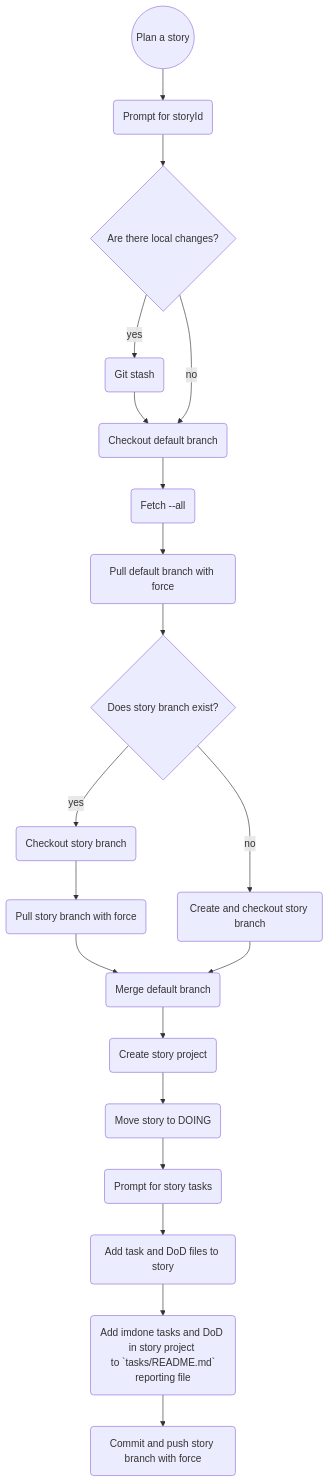
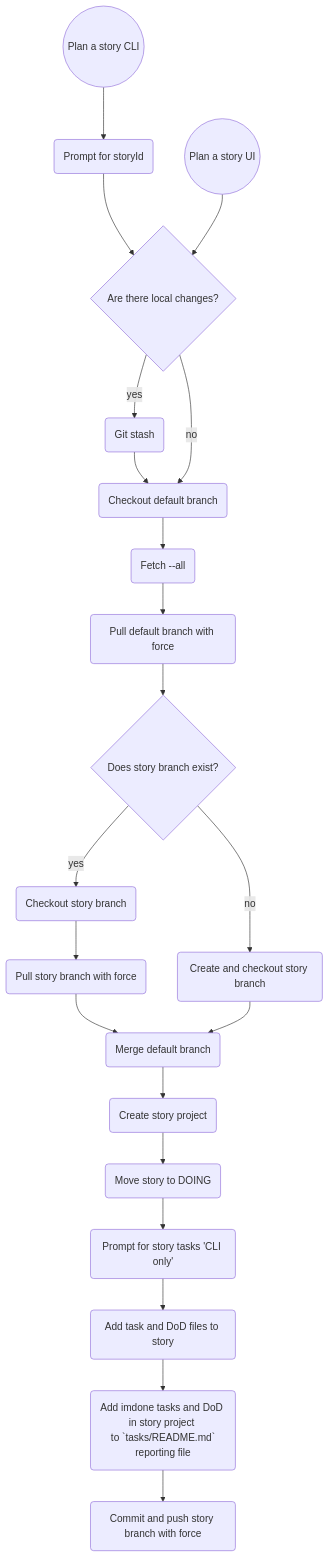
Before and after one commit to imdone/imdone-core: the second of 2 diagrams in backlog/stories/Plan-a-story/README.md, drawn with Mermaid. The commit also changed other lines of this file, not shown here.

````diff
--- a/backlog/stories/Plan-a-story/README.md
+++ b/backlog/stories/Plan-a-story/README.md
@@ -58,37 +67,40 @@
 ```mermaid
 flowchart
-  start((Plan a story))
+  start((Plan a story CLI))
     --> askForStoryId(Prompt for storyId)
     --> changesExist{Are there local changes?}
   
+  startUI((Plan a story UI))
+    --> changesExist{Are there local changes?}
+
   checkoutDefaultBranch(Checkout default branch)
     --> fetch(Fetch --all)
     --> pullDefaultBranch(Pull default branch with force)
     --> storyBranchExists{Does story branch exist?}
 
   mergeDefaultBranch(Merge default branch)
     --> createStoryProject(Create story project)
     --> moveStoryToDOING(Move story to DOING)
-    --> promptForStoryTasks(Prompt for story tasks)
+    --> promptForStoryTasks(Prompt for story tasks 'CLI only')
     --> addTaskFilesToStory(Add task and DoD files to story)
     --> addTasksAndDoDToReadme(Add imdone tasks and DoD in story project \n to `tasks/README.md` reporting file)
     --> commitAndPushStoryBranch(Commit and push story branch with force)
 
   changesExist
     -- yes --> 
       gitStash(Git stash)
       --> checkoutDefaultBranch
   changesExist
     -- no -->
       checkoutDefaultBranch
 
   storyBranchExists 
     -- yes -->
       checkoutStoryBranch(Checkout story branch)
       --> pullStoryBranch(Pull story branch with force)
       --> mergeDefaultBranch
   storyBranchExists 
     -- no -->
       createAndCheckoutStoryBranch(Create and checkout story branch)
       --> mergeDefaultBranch
 ```
````
